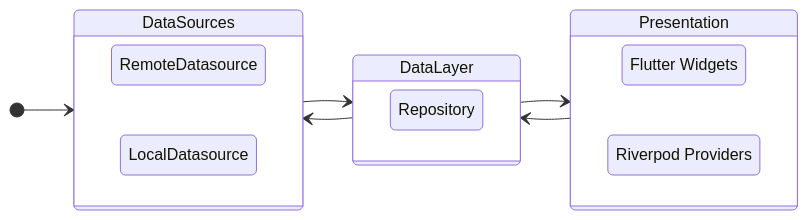
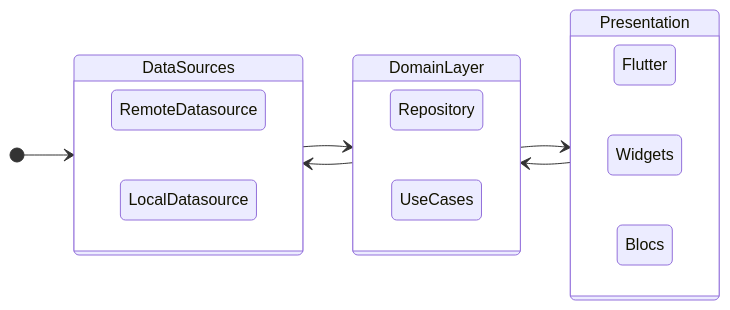
One commit to B0berman/random_coffee changed the diagram in documentation/architecture.md. Above: the diagram before and after it, drawn with Mermaid. The commit also changed other lines of this file and 12 other files, not shown here.

````diff
--- a/documentation/architecture.md
+++ b/documentation/architecture.md
@@ -15,25 +15,27 @@
 ```mermaid
 stateDiagram-v2
   direction LR
     [*] --> DataSources
-    DataSources --> DataLayer
-    DataLayer --> DataSources
-    DataLayer --> Presentation    
-    Presentation --> DataLayer    
+    DataSources --> DomainLayer
+    DomainLayer --> DataSources
+    DomainLayer --> Presentation    
+    Presentation --> DomainLayer    
     state DataSources {
         direction RL
         RemoteDatasource 
 
         LocalDatasource
     }
-    state DataLayer {
+    state DomainLayer {
         direction RL 
         Repository
+        UseCases
 
     }
     state Presentation {
     direction RL
-        Flutter: Flutter Widgets
-        Providers: Riverpod Providers
+        Flutter Widgets
+
+        Blocs
     }
 ```
````
